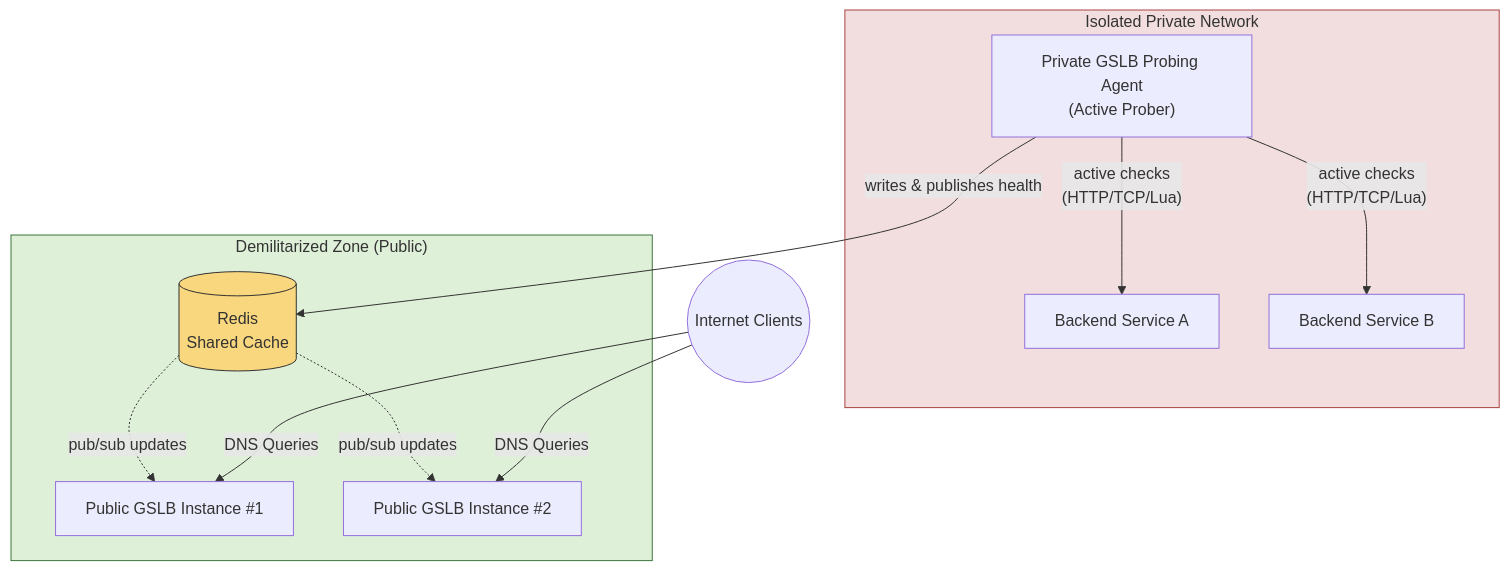
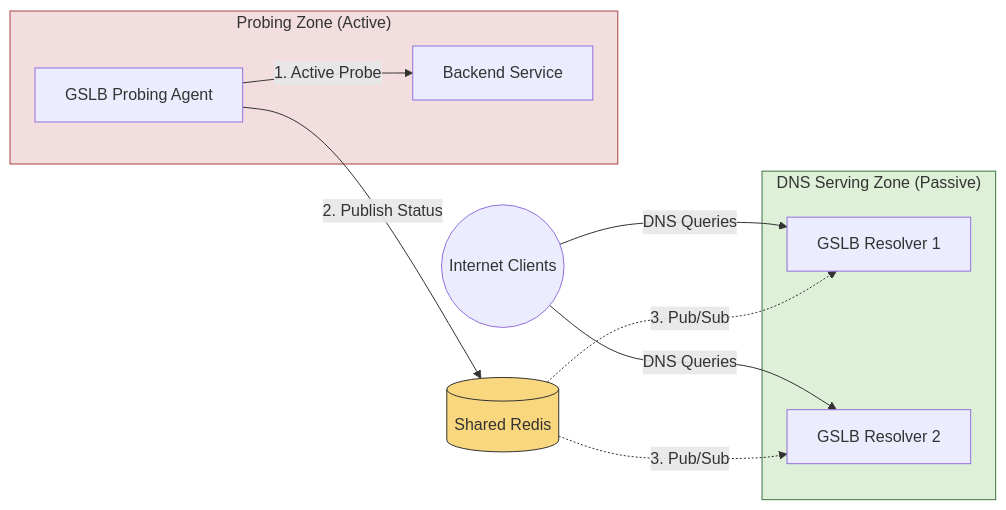
The diagram in docs/offloaded_probing.md (dmachard/coredns-gslb), drawn with Mermaid before and after one commit. The commit also changed other lines of this file and 9 other files, not shown here.

Commit message:
docs: rename passive monitoring to offloaded probing and improve documentation formatting

````diff
--- a/docs/offloaded_probing.md
+++ b/docs/offloaded_probing.md
@@ -15,27 +30,26 @@
 ```mermaid
-flowchart TB
-    subgraph Segmented["Isolated Private Network"]
-        Agent["Private GSLB Probing Agent\n(Active Prober)"]
-        B1["Backend Service A"]
-        B2["Backend Service B"]
-        Agent -- "active checks\n(HTTP/TCP/Lua)" --> B1
-        Agent -- "active checks\n(HTTP/TCP/Lua)" --> B2
+flowchart LR
+    Clients((Internet Clients)) -->|"DNS Queries"| G1
+    Clients -->|"DNS Queries"| G2
+
+    subgraph ServingZone["DNS Serving Zone (Passive)"]
+        G1["GSLB Resolver 1"]
+        G2["GSLB Resolver 2"]
     end
 
-    subgraph DMZ["Demilitarized Zone (Public)"]
-        G1["Public GSLB Instance #1"]
-        G2["Public GSLB Instance #2"]
-        R[("Redis\nShared Cache")]
+    Redis[("Shared Redis")]
+
+    subgraph ProbingZone["Probing Zone (Active)"]
+        Agent["GSLB Probing Agent"]
+        Backend["Backend Service"]
     end
 
-    Agent -- "writes & publishes health" --> R
-    R -.->|"pub/sub updates"| G1
-    R -.->|"pub/sub updates"| G2
+    Agent -->|"1. Active Probe"| Backend
+    Agent -->|"2. Publish Status"| Redis
+    Redis -.->|"3. Pub/Sub"| G1
+    Redis -.->|"3. Pub/Sub"| G2
 
-    Clients((Internet Clients)) -- "DNS Queries" --> G1
-    Clients -- "DNS Queries" --> G2
-
-    style Segmented fill:#f2dede,stroke:#a94442
-    style DMZ fill:#dff0d8,stroke:#3c763d
-    style R fill:#f9d77e,stroke:#333
+    style ProbingZone fill:#f2dede,stroke:#a94442
+    style ServingZone fill:#dff0d8,stroke:#3c763d
+    style Redis fill:#f9d77e,stroke:#333
 ```
````
